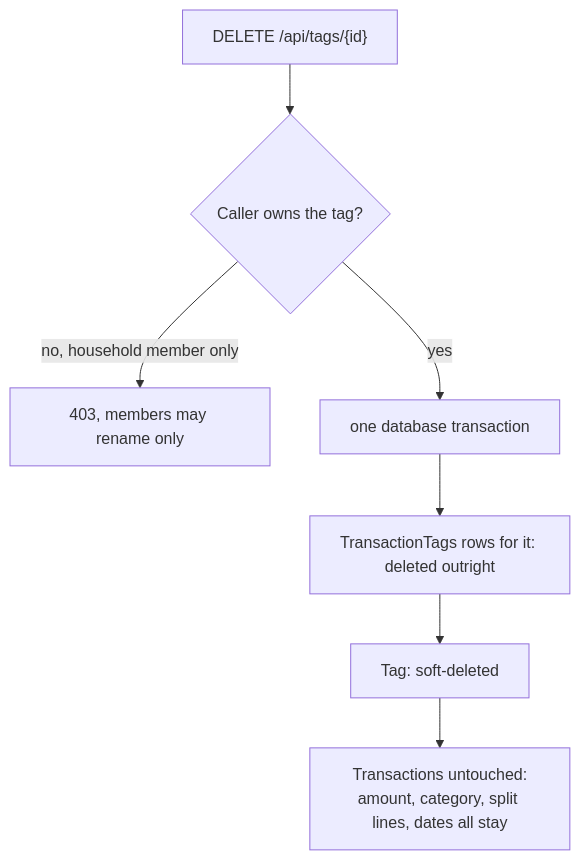
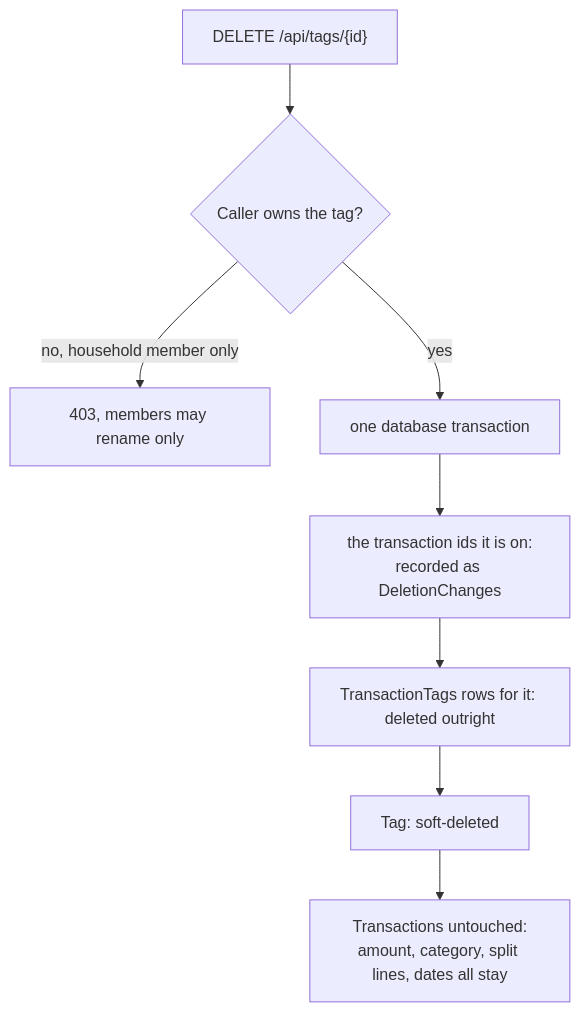
The third of 3 diagrams in docs/features/27. Tags.md (Justxs/Jx-Finance), drawn with Mermaid before and after one commit. The commit also changed other lines of this file and 64 other files, not shown here.

First line of the commit message:
feat(trash): restore deleted categories, tags, rules and households

````diff
--- a/docs/features/27. Tags.md
+++ b/docs/features/27. Tags.md
@@ -90,9 +90,10 @@
 ```mermaid
 flowchart TD
     Del["DELETE /api/tags/{id}"] --> Owner{"Caller owns the tag?"}
     Owner -->|"no, household member only"| Refuse["403, members may rename only"]
     Owner -->|"yes"| Tx["one database transaction"]
-    Tx --> Join["TransactionTags rows for it: deleted outright"]
+    Tx --> Record["the transaction ids it is on:<br/>recorded as DeletionChanges"]
+    Record --> Join["TransactionTags rows for it: deleted outright"]
     Join --> Soft["Tag: soft-deleted"]
     Soft --> Keep["Transactions untouched:<br/>amount, category, split lines, dates all stay"]
 ```
````
